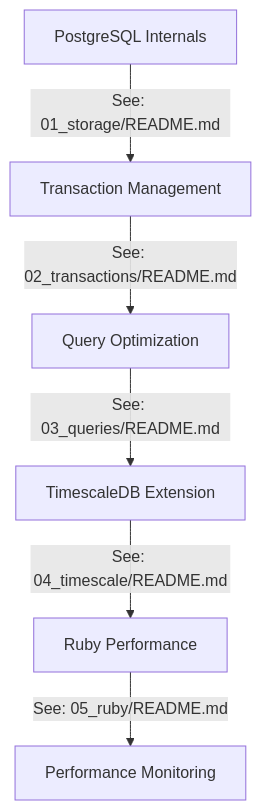
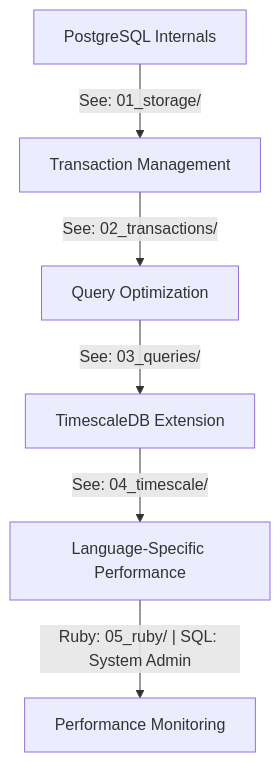
The diagram in README.md (jonatas/postgresql-performance-for-rubyists), drawn with Mermaid before and after one commit. The commit also changed other lines of this file and 43 other files, not shown here.

````diff
--- a/README.md
+++ b/README.md
@@ -11,8 +27,8 @@
 ```mermaid
 graph TD
-    A[PostgreSQL Internals] -->|"See: 01_storage/README.md"| B[Transaction Management]
-    B -->|"See: 02_transactions/README.md"| C[Query Optimization]
-    C -->|"See: 03_queries/README.md"| D[TimescaleDB Extension]
-    D -->|"See: 04_timescale/README.md"| E[Ruby Performance]
-    E -->|"See: 05_ruby/README.md"| F[Performance Monitoring]
+    A[PostgreSQL Internals] -->|"See: 01_storage/"| B[Transaction Management]
+    B -->|"See: 02_transactions/"| C[Query Optimization]
+    C -->|"See: 03_queries/"| D[TimescaleDB Extension]
+    D -->|"See: 04_timescale/"| E[Language-Specific Performance]
+    E -->|"Ruby: 05_ruby/ | SQL: System Admin"| F[Performance Monitoring]
 ```
````
